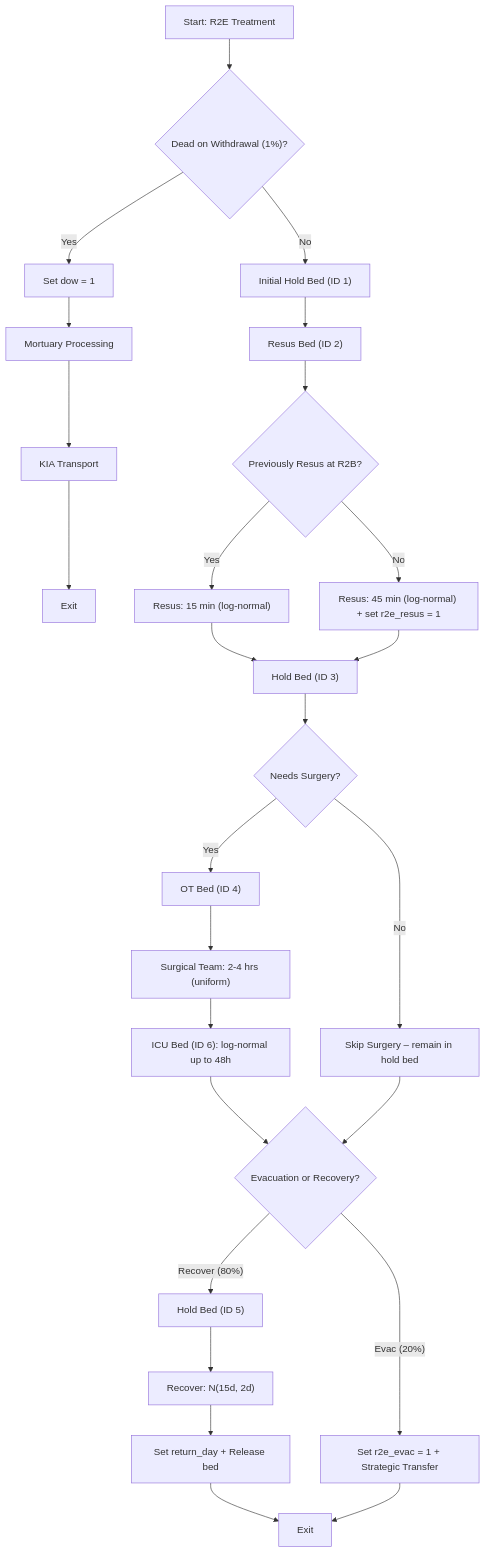
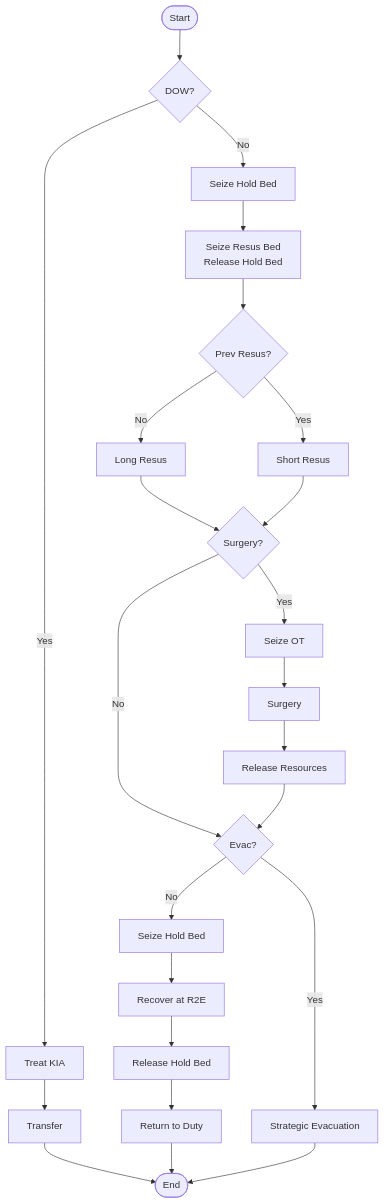
One commit to natosys/Battlefield-Casualty-Handling changed the fourth of 4 diagrams in README.md. Above: the diagram before and after it, drawn with Mermaid. The commit also changed other lines of this file and 3 other files, not shown here.

````diff
--- a/README.md
+++ b/README.md
@@ -576,37 +564,26 @@
 ```mermaid
 flowchart TD
-    A[Start: R2E Treatment] --> B{"Dead on Withdrawal (1%)?"}
-    B -- Yes --> C[Set dow = 1]
-    C --> D[Mortuary Processing]
-    D --> E[KIA Transport]
-    E --> F[Exit]
-
-    B -- No --> G["Initial Hold Bed (ID 1)"]
-    G --> H["Resus Bed (ID 2)"]
-
-    H --> I{Previously Resus at R2B?}
-    I -- Yes --> J["Resus: 15 min (log-normal)"]
-    I -- No --> K["Resus: 45 min (log-normal) + set r2e_resus = 1"]
-
-    J --> L["Hold Bed (ID 3)"]
-    K --> L
-
-    L --> M{"Needs Surgery?"}
-    M -- Yes --> N["OT Bed (ID 4)"]
-    N --> O["Surgical Team: 2-4 hrs (uniform)"]
-    O --> P["ICU Bed (ID 6): log-normal up to 48h"]
-
-    M -- No --> Q[Skip Surgery – remain in hold bed]
-
-    P --> R{Evacuation or Recovery?}
-    Q --> R
-
-    R -- Recover (80%) --> S["Hold Bed (ID 5)"]
-    S --> T["Recover: N(15d, 2d)"]
-    T --> U[Set return_day + Release bed]
-
-    R -- Evac (20%) --> V[Set r2e_evac = 1 + Strategic Transfer]
-
-    U --> W[Exit]
-    V --> W
+    A(["Start"]) --> B{"DOW?"}
+    B -- Yes --> C["Treat KIA"]
+    C --> D["Transfer"]
+    D --> E(["End"])
+    B -- No --> F["Seize Hold Bed"]
+    F --> G["Seize Resus Bed <br> Release Hold Bed"]
+    G --> H{"Prev Resus?"}
+    H -- No --> I["Long Resus"]
+    H -- Yes --> J["Short Resus"]
+    I --> K{"Surgery?"}
+    J --> K
+    K -- Yes --> L["Seize OT"]
+    L --> M["Surgery"]
+    M --> N["Release Resources"]
+    K -- No --> O{"Evac?"}
+    N --> O
+    O -- No --> P["Seize Hold Bed"]
+    P --> Q["Recover at R2E"]
+    Q --> R["Release Hold Bed"]
+    R --> S["Return to Duty"]
+    O -- Yes --> T["Strategic Evacuation"]
+    S --> E
+    T --> E
 ```
````
